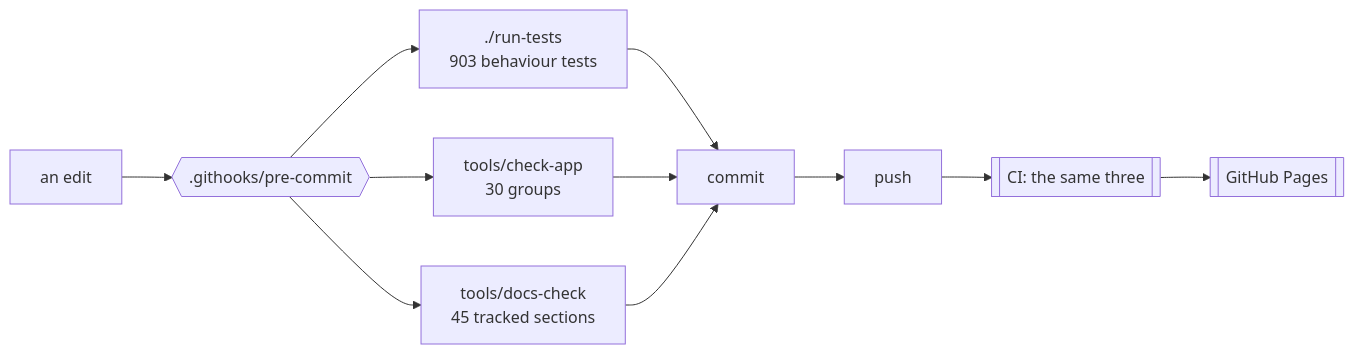
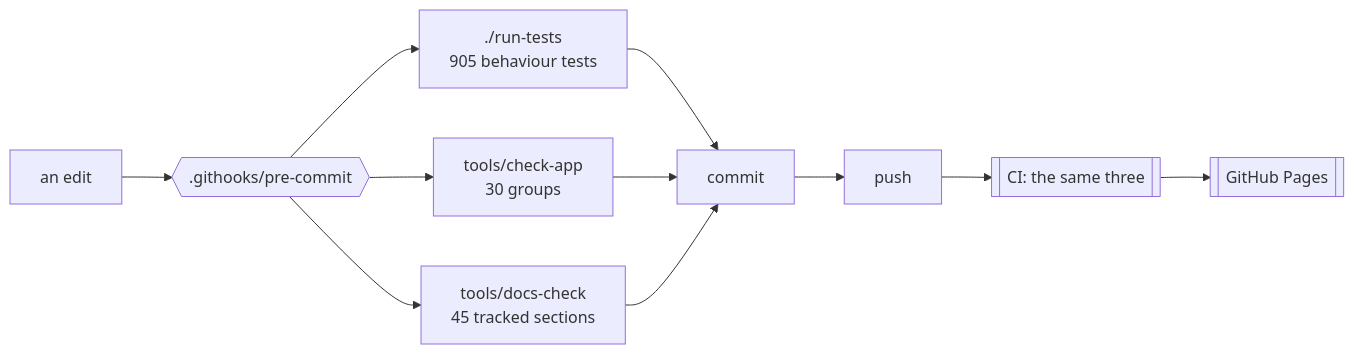
The first of 3 diagrams in docs/DEVELOPING.md (minormending/crystal-pilot-mobile), drawn with Mermaid before and after one commit. The commit also changed other lines of this file and 2 other files, not shown here.

````diff
--- a/docs/DEVELOPING.md
+++ b/docs/DEVELOPING.md
@@ -15,12 +15,12 @@
 ```mermaid
 flowchart LR
     E[an edit] --> H{{".githooks/pre-commit"}}
-    H --> T["./run-tests<br/>903 behaviour tests"]
+    H --> T["./run-tests<br/>905 behaviour tests"]
     H --> C["tools/check-app<br/>30 groups"]
     H --> D["tools/docs-check<br/>45 tracked sections"]
     T --> OK[commit]
     C --> OK
     D --> OK
     OK --> P[push] --> CI[["CI: the same three"]]
     CI --> PG[[GitHub Pages]]
 ```
````
